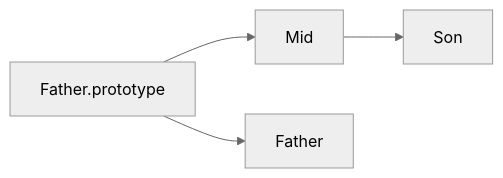
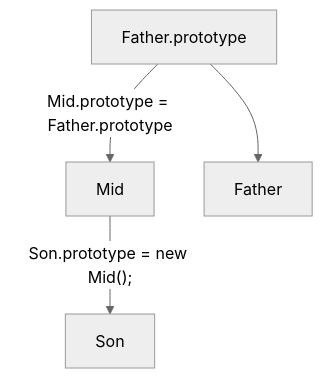
One commit to Tishacy/Front-end-Notes changed the second of 2 diagrams in JavaScript Learning Notes.md. Above: the diagram before and after it, drawn with Mermaid (neutral theme). The commit also changed other lines of this file, not shown here.

````diff
--- a/JavaScript Learning Notes.md
+++ b/JavaScript Learning Notes.md
@@ -2051,6 +2075,6 @@
   ```mermaid
-  graph LR
-  Father.prototype-->Mid
-  Mid-->Son
+  graph TD
+  Father.prototype--Mid.prototype = Father.prototype-->Mid
+  Mid--"Son.prototype = new Mid();"-->Son
   Father.prototype-->Father
   ```
````
